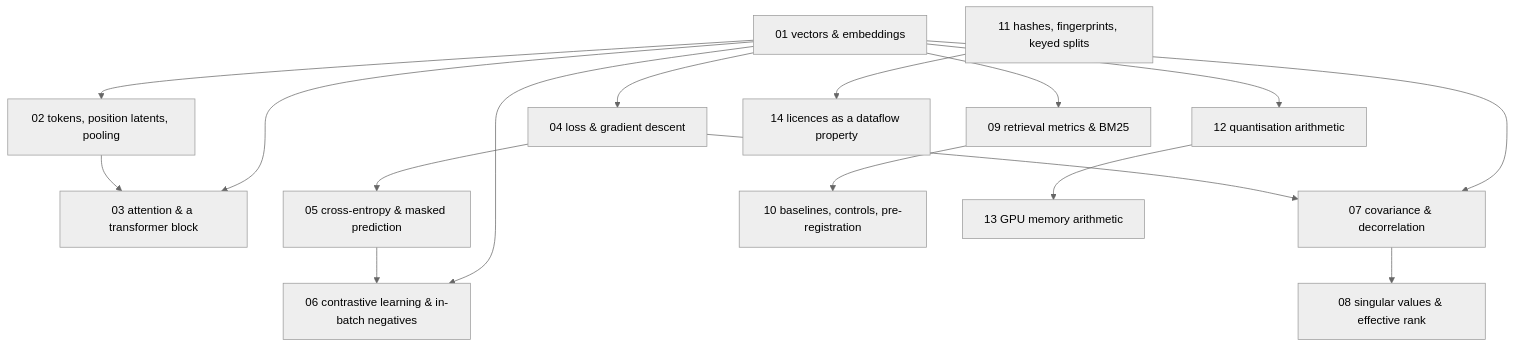
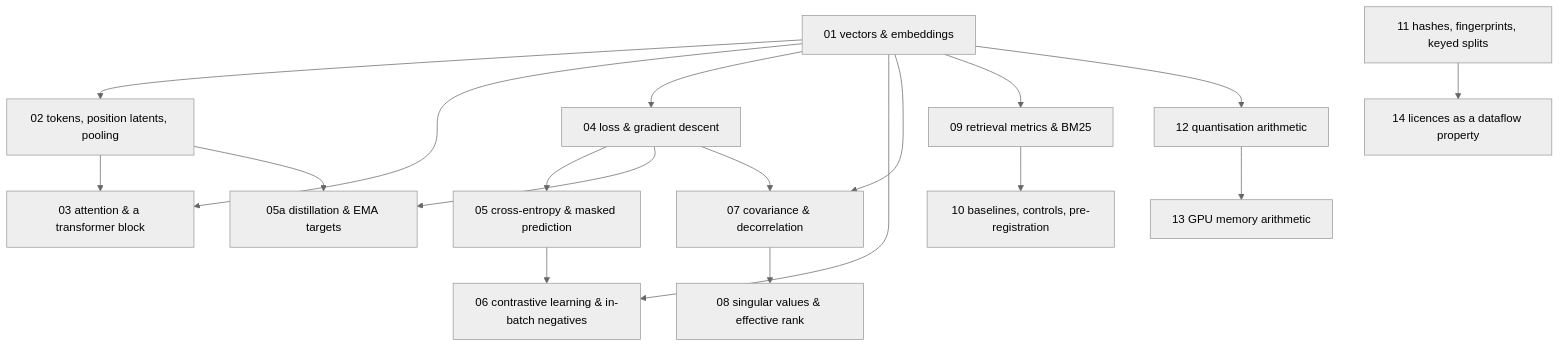
Before and after one commit to tzervas/CogSynDelta: the diagram in docs/foundations/README.md, drawn with Mermaid (neutral theme). The commit also changed other lines of this file and 3 other files, not shown here.

````diff
--- a/docs/foundations/README.md
+++ b/docs/foundations/README.md
@@ -33,33 +64,36 @@
 ```mermaid
 graph TD
   U01["01 vectors &amp; embeddings"]
   U02["02 tokens, position latents, pooling"]
   U03["03 attention &amp; a transformer block"]
   U04["04 loss &amp; gradient descent"]
   U05["05 cross-entropy &amp; masked prediction"]
+  U05a["05a distillation &amp; EMA targets"]
   U06["06 contrastive learning &amp; in-batch negatives"]
   U07["07 covariance &amp; decorrelation"]
   U08["08 singular values &amp; effective rank"]
   U09["09 retrieval metrics &amp; BM25"]
   U10["10 baselines, controls, pre-registration"]
   U11["11 hashes, fingerprints, keyed splits"]
   U12["12 quantisation arithmetic"]
   U13["13 GPU memory arithmetic"]
   U14["14 licences as a dataflow property"]
 
   U01 --> U02
+  U01 --> U03
   U01 --> U04
+  U01 --> U06
+  U01 --> U07
   U01 --> U09
   U01 --> U12
   U02 --> U03
-  U01 --> U03
+  U02 --> U05a
   U04 --> U05
+  U04 --> U05a
   U04 --> U07
-  U01 --> U07
   U05 --> U06
-  U01 --> U06
   U07 --> U08
   U09 --> U10
   U11 --> U14
   U12 --> U13
 ```
````
